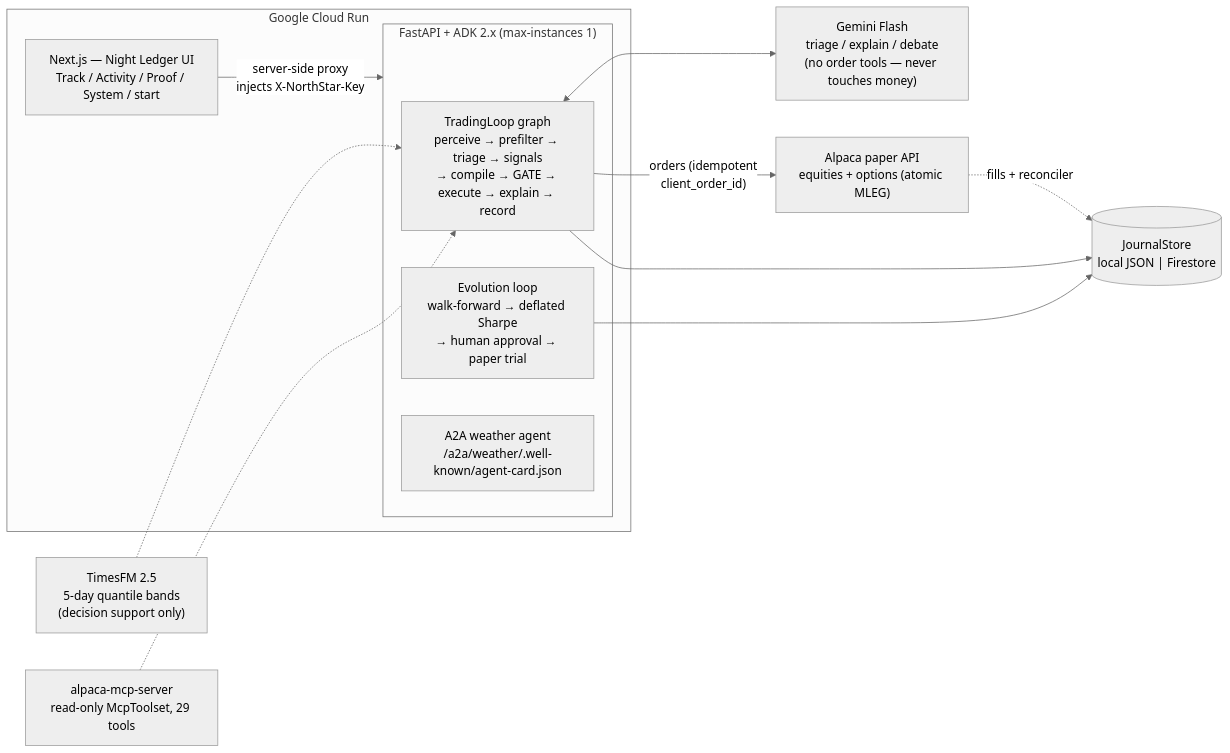
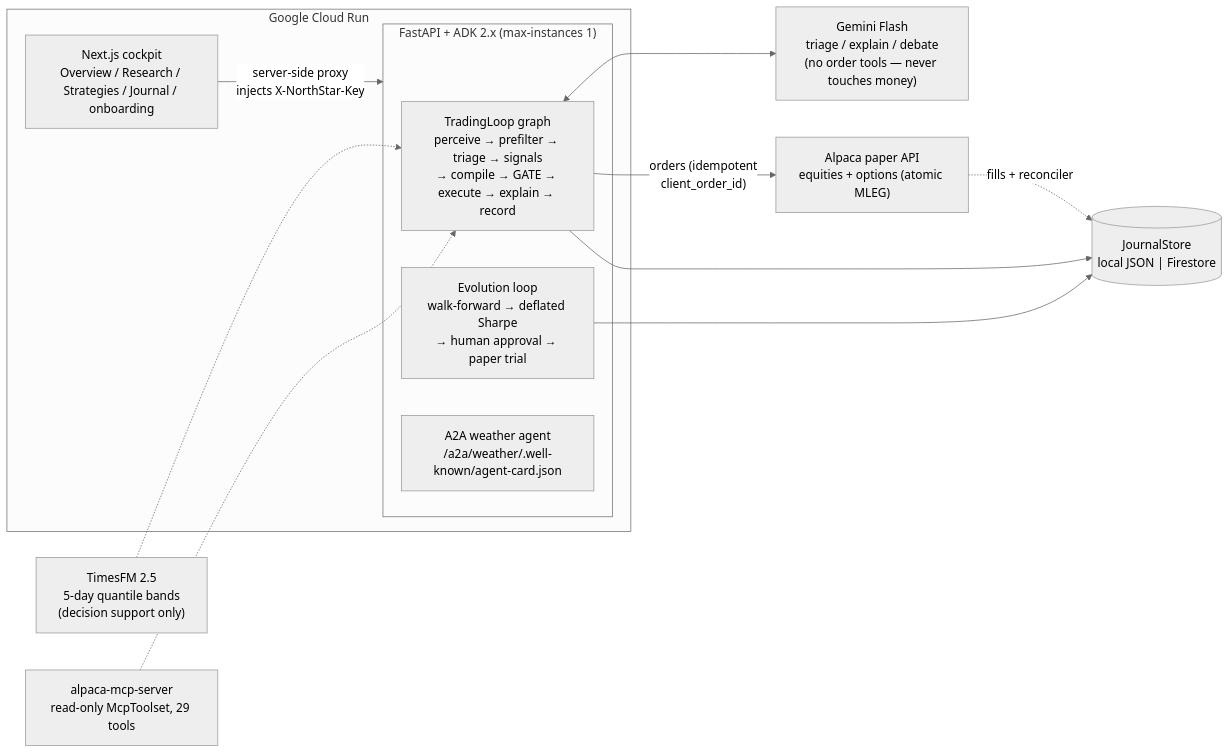
One commit to w2112515/northstar changed the diagram in README.md. Above: the diagram before and after it, drawn with Mermaid (neutral theme). The commit also changed other lines of this file and 4 other files, not shown here.

````diff
--- a/README.md
+++ b/README.md
@@ -72,25 +72,25 @@
 ```mermaid
 flowchart LR
     subgraph GCP["Google Cloud Run"]
-        WEB["Next.js — Night Ledger UI<br/>Track / Activity / Proof / System / start"]
+        WEB["Next.js cockpit<br/>Overview / Research / Strategies / Journal / onboarding"]
         subgraph API["FastAPI + ADK 2.x (max-instances 1)"]
             LOOP["TradingLoop graph<br/>perceive → prefilter → triage → signals<br/>→ compile → GATE → execute → explain → record"]
             EVO["Evolution loop<br/>walk-forward → deflated Sharpe<br/>→ human approval → paper trial"]
             A2AW["A2A weather agent<br/>/a2a/weather/.well-known/agent-card.json"]
         end
     end
     GEM["Gemini Flash<br/>triage / explain / debate<br/>(no order tools — never touches money)"]
     TFM["TimesFM 2.5<br/>5-day quantile bands<br/>(decision support only)"]
     MCPS["alpaca-mcp-server<br/>read-only McpToolset, 29 tools"]
     ALP["Alpaca paper API<br/>equities + options (atomic MLEG)"]
     STORE[("JournalStore<br/>local JSON | Firestore")]
 
     WEB -->|"server-side proxy<br/>injects X-NorthStar-Key"| API
     LOOP <--> GEM
     LOOP -->|"orders (idempotent<br/>client_order_id)"| ALP
     LOOP --> STORE
     EVO --> STORE
     TFM -.-> LOOP
     MCPS -.-> LOOP
     ALP -.->|"fills + reconciler"| STORE
 ```
````
